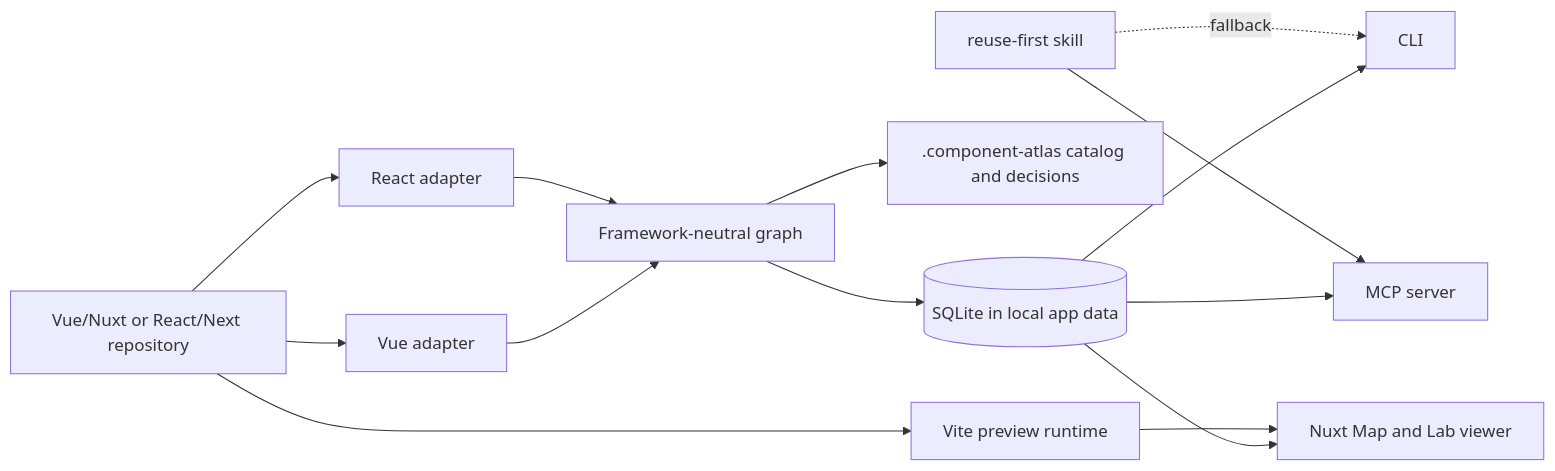
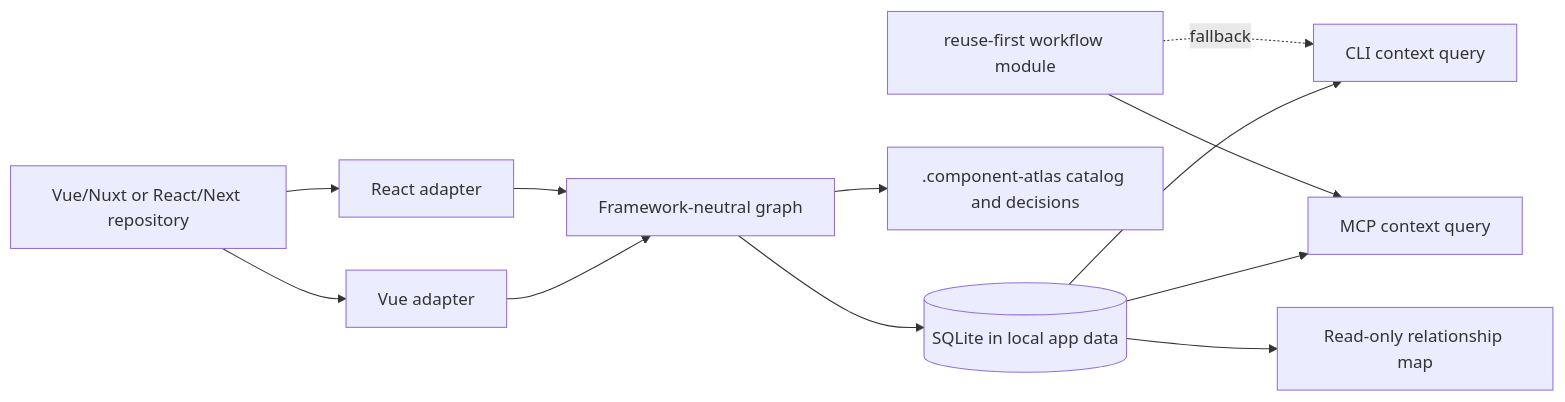
The diagram in docs/architecture.md (jesus-molano/project-atlas), drawn with Mermaid before and after one commit. The commit also changed other lines of this file and 31 other files, not shown here.

````diff
--- a/docs/architecture.md
+++ b/docs/architecture.md
@@ -6,28 +6,25 @@
 ```mermaid
 flowchart LR
   R[Vue/Nuxt or React/Next repository]
   V[Vue adapter]
   X[React adapter]
   G[Framework-neutral graph]
   S[(SQLite in local app data)]
   A[.component-atlas catalog and decisions]
-  C[CLI]
-  M[MCP server]
-  P[Vite preview runtime]
-  W[Nuxt Map and Lab viewer]
-  K[reuse-first skill]
+  C[CLI context query]
+  M[MCP context query]
+  W[Read-only relationship map]
+  K[reuse-first workflow module]
 
   R --> V
   R --> X
   V --> G
   X --> G
   G --> S
   G --> A
   S --> C
   S --> M
   S --> W
-  R --> P
-  P --> W
   K --> M
   K -. fallback .-> C
 ```
````
